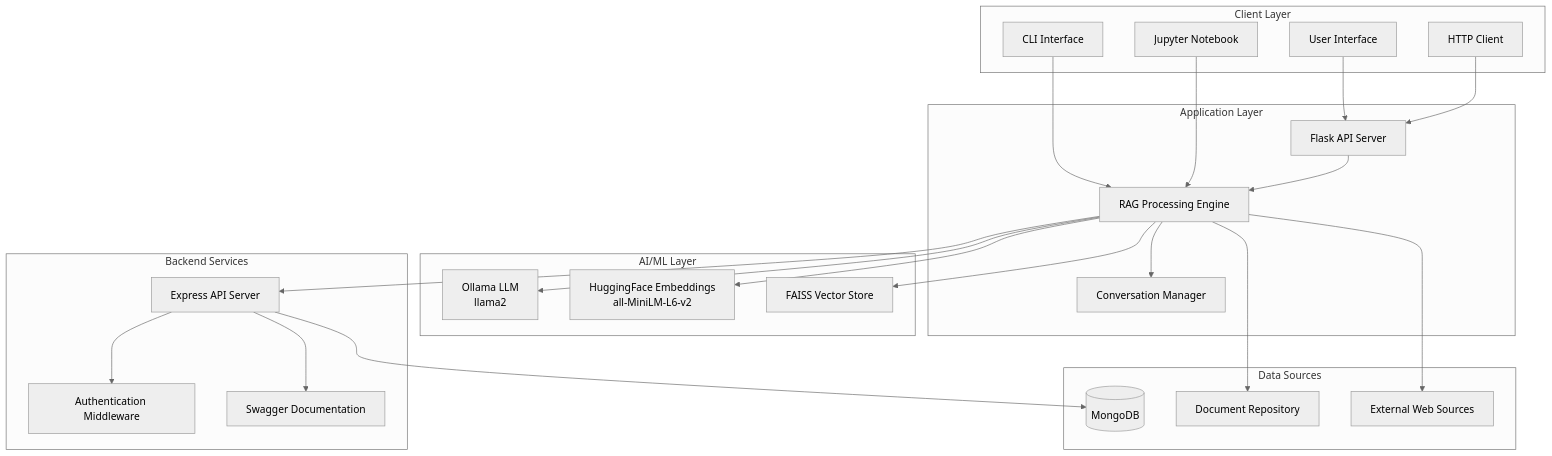
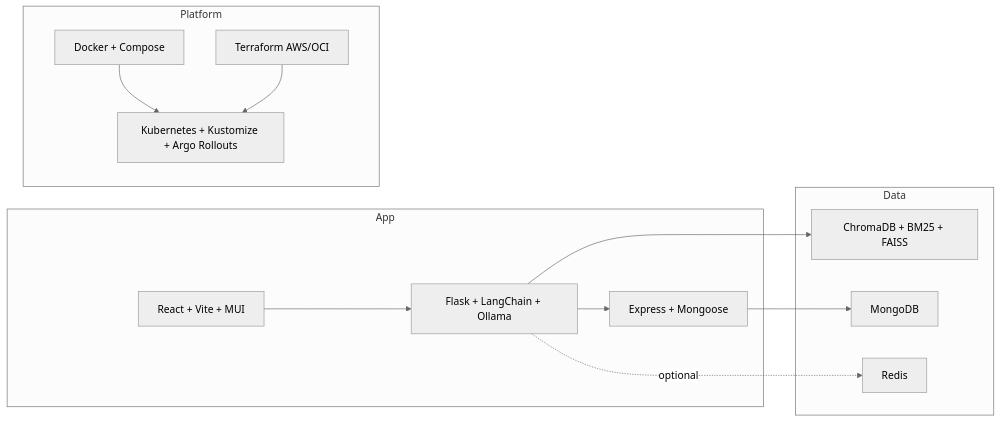
The second of 10 diagrams in README.md (yamposskype/AI-RAG-LangChain), drawn with Mermaid (neutral theme) before and after one commit. The commit also changed other lines of this file and 164 other files, not shown here.

````diff
--- a/README.md
+++ b/README.md
@@ -47,52 +188,25 @@
 ```mermaid
-graph TB
-    subgraph "Client Layer"
-        A[User Interface]
-        B[CLI Interface]
-        C[Jupyter Notebook]
-        D[HTTP Client]
-    end
-
-    subgraph "Application Layer"
-        E[Flask API Server]
-        F[RAG Processing Engine]
-        G[Conversation Manager]
-    end
-
-    subgraph "AI/ML Layer"
-        H[Ollama LLM<br/>llama2]
-        I[HuggingFace Embeddings<br/>all-MiniLM-L6-v2]
-        J[FAISS Vector Store]
-    end
-
-    subgraph "Backend Services"
-        K[Express API Server]
-        L[Authentication Middleware]
-        M[Swagger Documentation]
-    end
-
-    subgraph "Data Sources"
-        N[(MongoDB)]
-        O[Document Repository]
-        P[External Web Sources]
-    end
-
-    A --> E
-    B --> F
-    C --> F
-    D --> E
-
-    E --> F
-    F --> G
-    F --> H
-    F --> I
-    F --> J
-    F --> K
-
-    K --> L
-    K --> M
-    K --> N
-
-    F --> O
-    F --> P
+graph LR
+  subgraph App
+    FE[React + Vite + MUI]
+    RAG[Flask + LangChain + Ollama]
+    BE[Express + Mongoose]
+  end
+  subgraph Data
+    C[ChromaDB + BM25 + FAISS]
+    M[MongoDB]
+    R[Redis]
+  end
+  subgraph Platform
+    D[Docker + Compose]
+    K[Kubernetes + Kustomize + Argo Rollouts]
+    T[Terraform AWS/OCI]
+  end
+  FE --> RAG
+  RAG --> C
+  RAG --> BE
+  BE --> M
+  RAG -. optional .-> R
+  D --> K
+  T --> K
 ```
````
